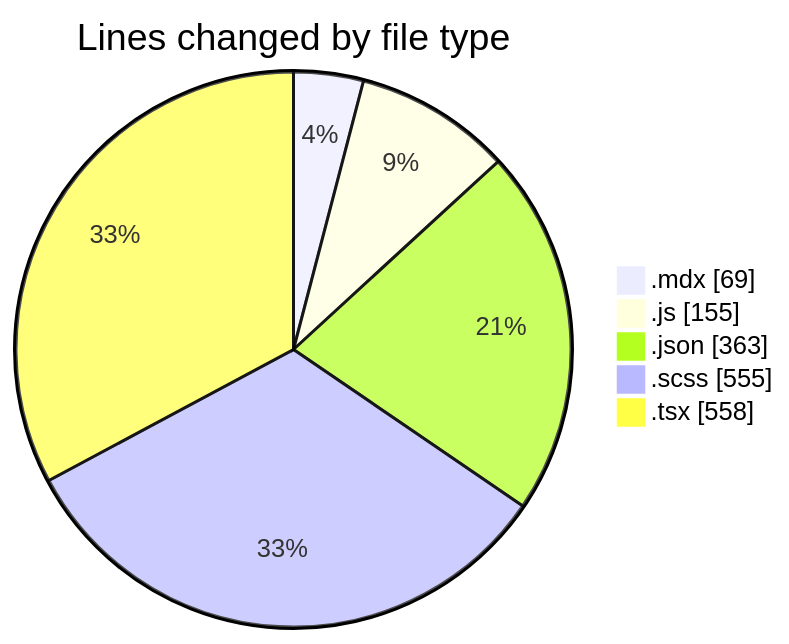
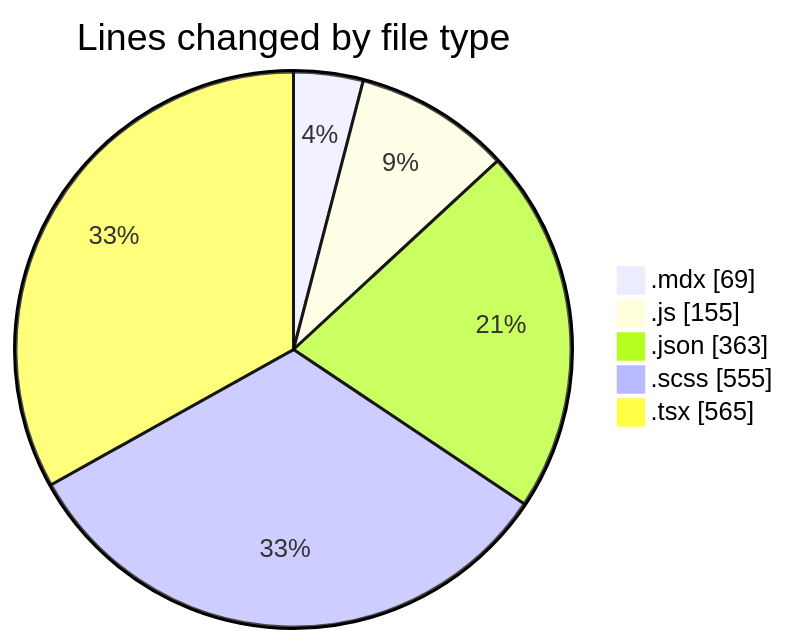
Before and after one commit to momahboobian/code-tracking: the first of 2 diagrams in 2026-08-13/cda/README.md, drawn with Mermaid. The commit also changed other lines of this file and 1 other file, not shown here.

````diff
--- a/2026-08-13/cda/README.md
+++ b/2026-08-13/cda/README.md
@@ -32,9 +32,9 @@
 ```mermaid
 pie showData
 title Lines changed by file type
 ".mdx" : 69
 ".js" : 155
 ".json" : 363
 ".scss" : 555
-".tsx" : 558
+".tsx" : 565
 ```
````
